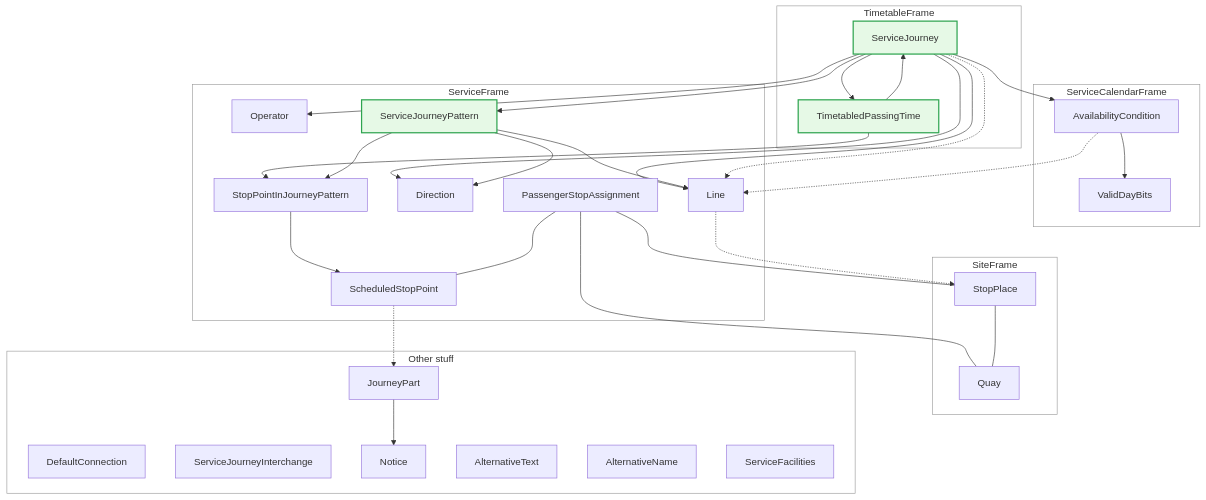
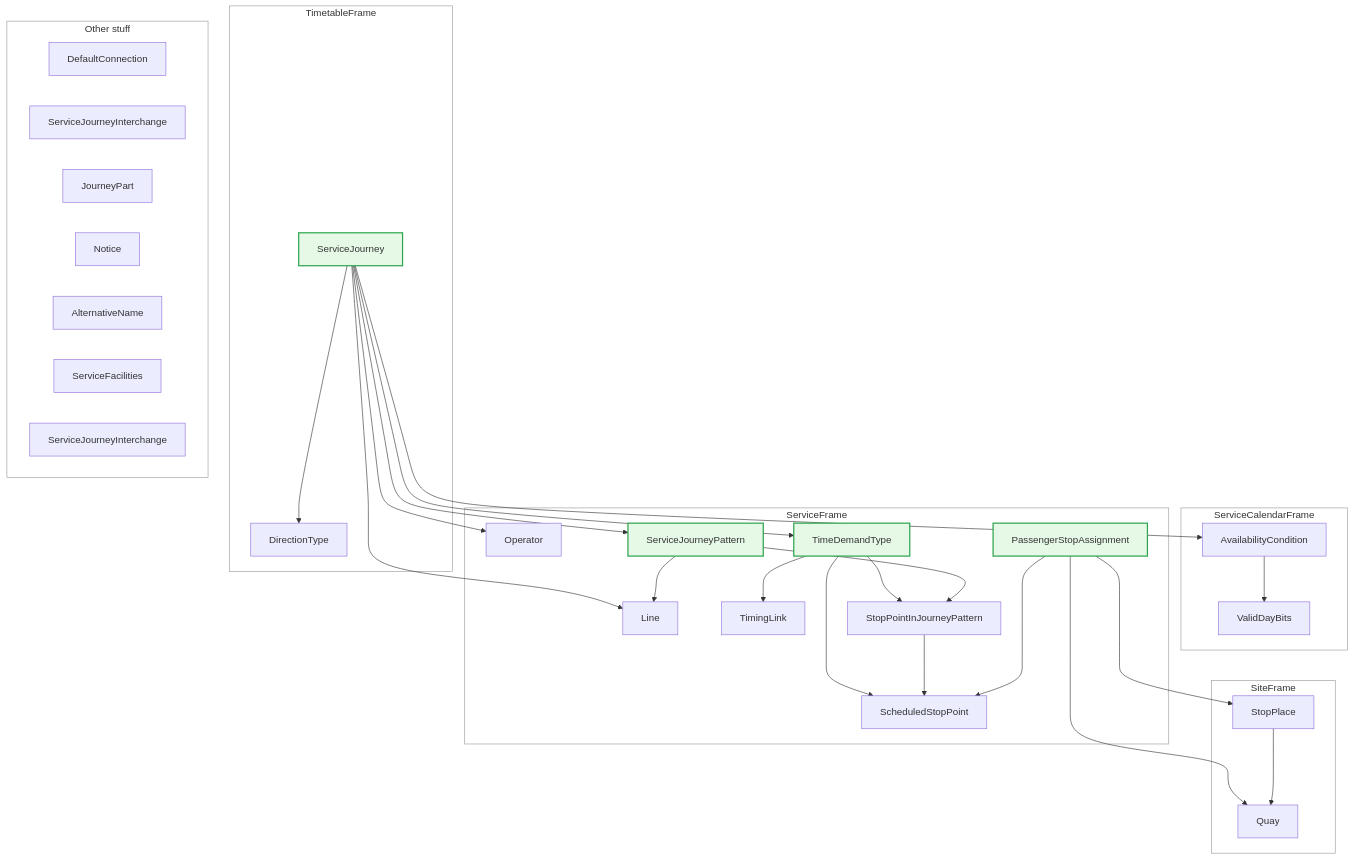
One commit to openTdataCH/netexRealisationGuideSwitzerland changed the diagram in docs/02_basic_concepts.md. Above: the diagram before and after it, drawn with Mermaid. The commit also changed other lines of this file, not shown here.

````diff
--- a/docs/02_basic_concepts.md
+++ b/docs/02_basic_concepts.md
@@ -7,84 +7,77 @@
 ```mermaid
 graph TD
-  %% Top: TimetableFrame
   subgraph TimetableFrame["TimetableFrame"]
     SJ[ServiceJourney]
-    TPT[TimetabledPassingTime]
+    DT[DirectionType]
   end
 
-  %% Middle row: ServiceCalendarFrame (left)
   subgraph ServiceCalendarFrame["ServiceCalendarFrame"]
     AC[AvailabilityCondition]
     UOP[ValidDayBits]
   end
 
-  %% Middle row: ServiceFrame (center)
   subgraph ServiceFrame["ServiceFrame"]
     L[Line]
-    D[Direction]
     O[Operator]
     SSP[ScheduledStopPoint]
     PSA[PassengerStopAssignment]
+    TL[TimingLink]
     SJP[ServiceJourneyPattern]
+    TDT[TimeDemandType]
     SPtJP[StopPointInJourneyPattern]
   end
 
-  %% Middle row: SiteFrame (right)
   subgraph SiteFrame["SiteFrame"]
     SP[StopPlace]
     Q[Quay]
   end
 
-  %% Bottom: Other stuff
   subgraph OtherStuff["Other stuff"]
     CN[DefaultConnection]
     SI[ServiceJourneyInterchange]
     JP[JourneyPart]
     N[Notice]
-    AT[AlternativeText]
     AN[AlternativeName]
     F[ServiceFacilities]
+     SJI[ServiceJourneyInterchange]
+   
   end
 
   %% ---------------------
   %% Visible semantic relationships
   SJ --> AC
+  SJ --> DT
   SJ --> L
-  SJ --> D
   SJ --> O
   SJ --> SJP
-  SJ --> TPT
+  SJ --> TDT
 
-  TPT --> SJ
-  TPT --> SPtJP
+  TDT --> TL
+  TDT --> SSP
+  TDT --> SPtJP
 
   SJP --> L
-  SJP --> D
   SJP --> SPtJP
   SPtJP --> SSP
 
-  PSA --- SP
-  PSA --- Q
-  PSA --- SSP
+  PSA ---> SP
+  PSA ---> Q
+  PSA ---> SSP
 
-  SP --- Q
+  SP ---> Q
 
   AC --> UOP
 
-  JP --> N
 
   %% ---------------------
   %% Layout hints to force rows and columns (dashed edges used only as hints)
-  SJ -.-> L
-  AC -.-> L
-  L -.-> SP
-  SSP -.-> JP
 
   %% ---------------------
   %% Highlight central nodes in green
   style SJ fill:#e6f9e6,stroke:#2ea44f,stroke-width:2px
   style SJP fill:#e6f9e6,stroke:#2ea44f,stroke-width:2px
-  style TPT fill:#e6f9e6,stroke:#2ea44f,stroke-width:2px
+  style TDT fill:#e6f9e6,stroke:#2ea44f,stroke-width:2px
+  style PSA fill:#e6f9e6,stroke:#2ea44f,stroke-width:2px
 
   %% Subgraph box styling (may be renderer-dependent)
   style TimetableFrame stroke:#999,stroke-width:1px,fill:none
````
